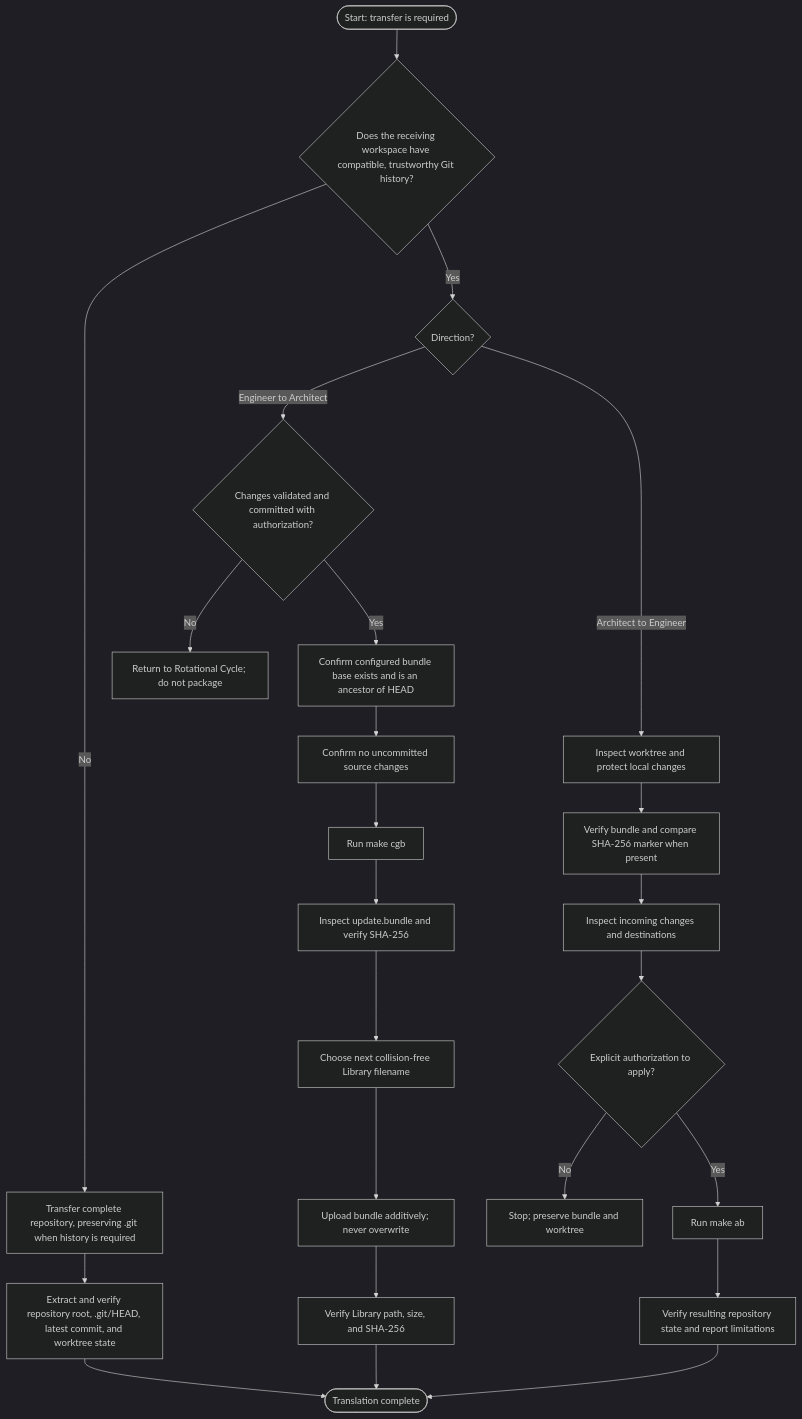
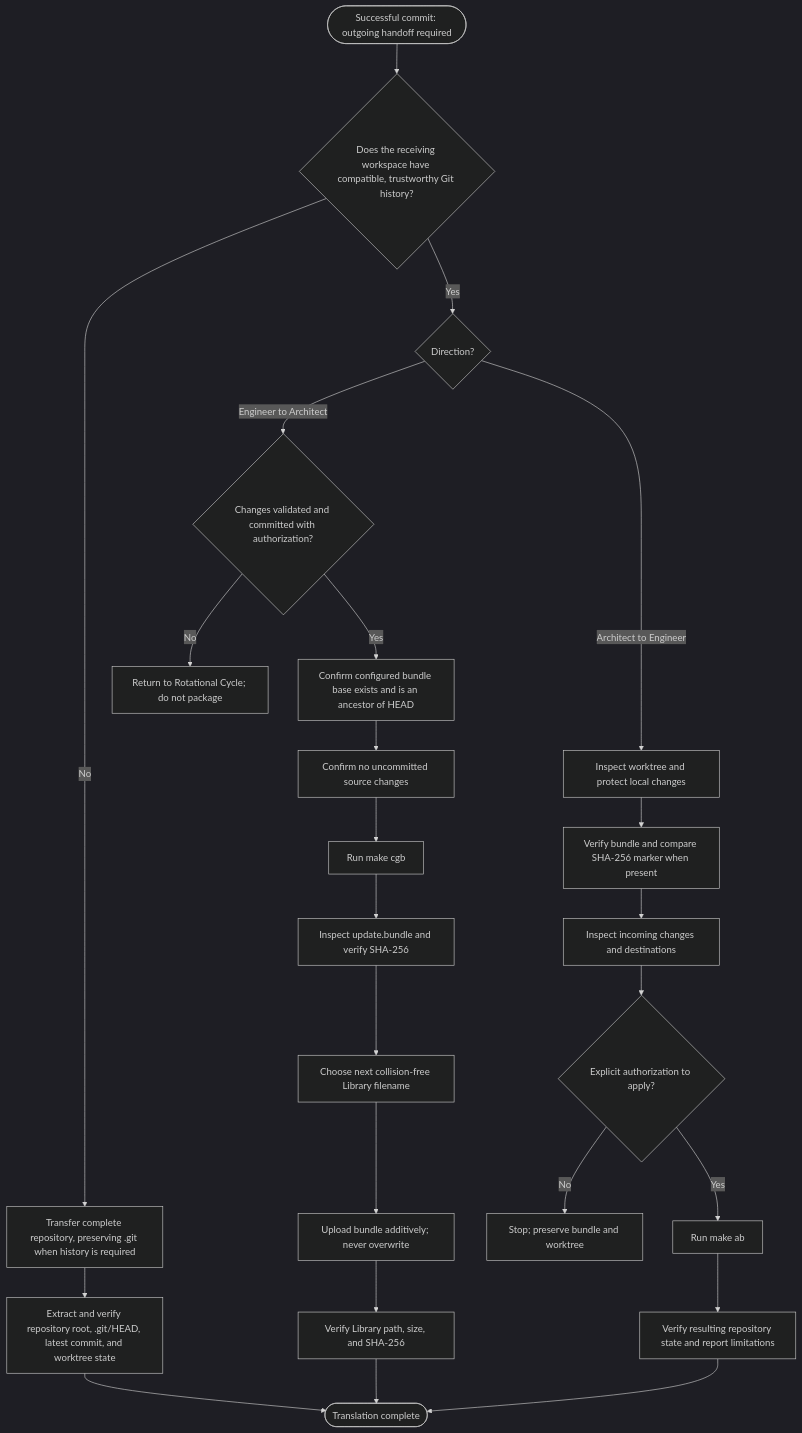
Before and after one commit to TheInternetTutor/trading_intel: the diagram in README/027_translational_cycle_execution.md, drawn with Mermaid (dark theme). The commit also changed other lines of this file and 11 other files, not shown here.

Commit message:
Align README guidance with mandatory post-commit handoff

````diff
--- a/README/027_translational_cycle_execution.md
+++ b/README/027_translational_cycle_execution.md
@@ -9,26 +9,26 @@
 ```mermaid
 flowchart TD
-    A([Start: transfer is required]) --> B{Does the receiving workspace have compatible, trustworthy Git history?}
+    A([Successful commit: outgoing handoff required]) --> B{Does the receiving workspace have compatible, trustworthy Git history?}
     B -- No --> C[Transfer complete repository, preserving .git when history is required]
     C --> D[Extract and verify repository root, .git/HEAD, latest commit, and worktree state]
     D --> Z([Translation complete])
     B -- Yes --> E{Direction?}
     E -- Engineer to Architect --> F{Changes validated and committed with authorization?}
     F -- No --> G[Return to Rotational Cycle; do not package]
     F -- Yes --> H[Confirm configured bundle base exists and is an ancestor of HEAD]
     H --> I[Confirm no uncommitted source changes]
     I --> J[Run make cgb]
     J --> K[Inspect update.bundle and verify SHA-256]
     K --> L[Choose next collision-free Library filename]
     L --> M[Upload bundle additively; never overwrite]
     M --> N[Verify Library path, size, and SHA-256]
     N --> Z
     E -- Architect to Engineer --> O[Inspect worktree and protect local changes]
     O --> P[Verify bundle and compare SHA-256 marker when present]
     P --> Q[Inspect incoming changes and destinations]
     Q --> R{Explicit authorization to apply?}
     R -- No --> S[Stop; preserve bundle and worktree]
     R -- Yes --> T[Run make ab]
     T --> U[Verify resulting repository state and report limitations]
     U --> Z
 ```
````
